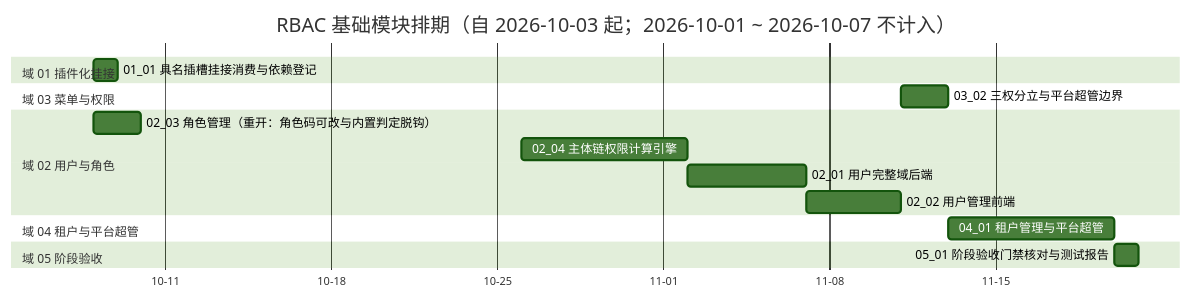
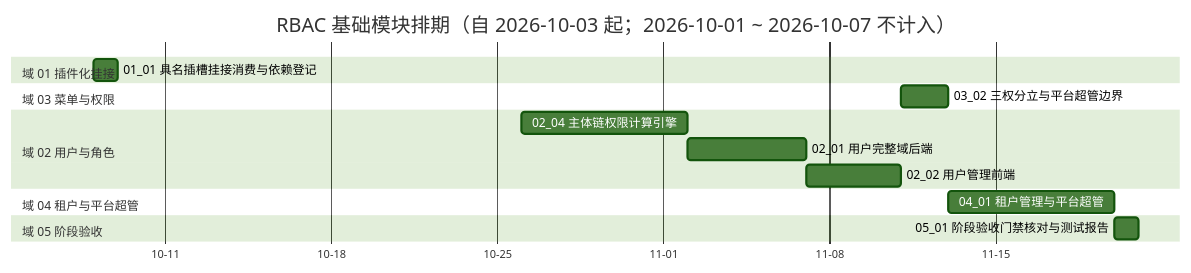
Before and after one commit to minjian123/basic-management-system: the diagram in bms文档/项目/07_RBAC基础模块/计划/01_计划_RBAC基础模块.md, drawn with Mermaid (forest theme). The commit also changed other lines of this file and 35 other files, not shown here.

````diff
--- a/bms文档/项目/07_RBAC基础模块/计划/01_计划_RBAC基础模块.md
+++ b/bms文档/项目/07_RBAC基础模块/计划/01_计划_RBAC基础模块.md
@@ -50,19 +53,18 @@
 ```mermaid
 gantt
     title RBAC 基础模块排期（自 2026-10-03 起；2026-10-01 ~ 2026-10-07 不计入）
     dateFormat  YYYY-MM-DD
     axisFormat %m-%d
     section 域 01 插件化挂接
     01_01 具名插槽挂接消费与依赖登记 :a0101, 2026-10-08, 1d
     section 域 03 菜单与权限
     03_02 三权分立与平台超管边界 :a0302, 2026-11-11, 2d
     section 域 02 用户与角色
-    02_03 角色管理（重开：角色码可改与内置判定脱钩） :a0203, 2026-10-08, 2d
     02_04 主体链权限计算引擎 :a0204, 2026-10-26, 7d
     02_01 用户完整域后端 :a0201, 2026-11-02, 5d
     02_02 用户管理前端 :a0202, 2026-11-07, 4d
     section 域 04 租户与平台超管
     04_01 租户管理与平台超管 :a0401, 2026-11-13, 7d
     section 域 05 阶段验收
     05_01 阶段验收门禁核对与测试报告 :a0501, 2026-11-20, 1d
 ```
````
